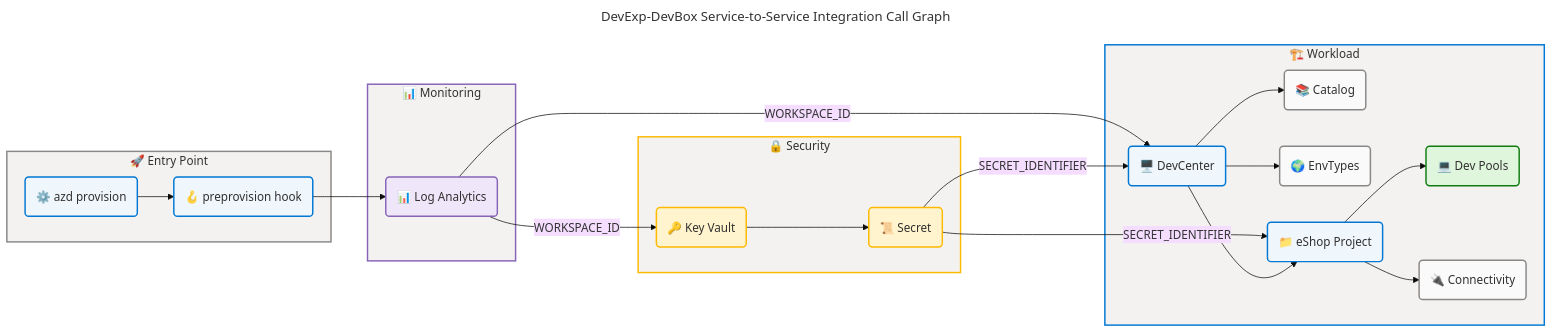
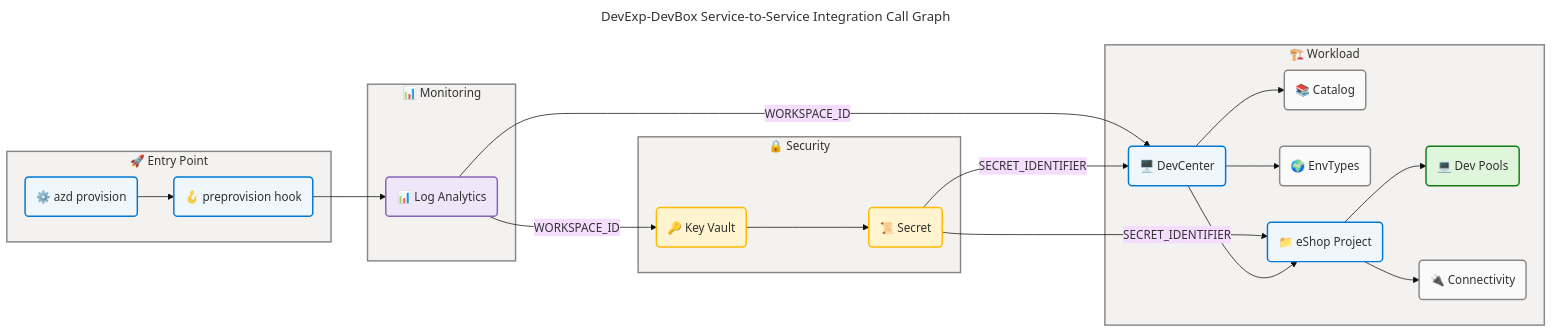
Diagram 12 of 15 in docs/architecture/application-architecture.md (Evilazaro/DevExp-DevBox), drawn with Mermaid before and after one commit. The commit also changed other lines of this file, not shown here.

Commit message:
refactor: update YAML contract terminology and enhance diagram verification scores for improved clarity

````diff
--- a/docs/architecture/application-architecture.md
+++ b/docs/architecture/application-architecture.md
@@ -2164,74 +2167,74 @@
 ```mermaid
 ---
 title: DevExp-DevBox Service-to-Service Integration Call Graph
 config:
   theme: base
   look: classic
   layout: dagre
   themeVariables:
     fontSize: '16px'
   flowchart:
     htmlLabels: true
 ---
 flowchart LR
     accTitle: DevExp-DevBox Service-to-Service Integration Call Graph
     accDescr: Shows the parameter and output wiring between all Bicep modules in the DevExp-DevBox deployment pipeline
 
     %% ═══════════════════════════════════════════════════════════════════════════
     %% AZURE / FLUENT ARCHITECTURE PATTERN v1.1
     %% (Semantic + Structural + Font + Accessibility Governance)
     %% ═══════════════════════════════════════════════════════════════════════════
     %% PHASE 1 - FLUENT UI: All styling uses approved Fluent UI palette only
     %% PHASE 2 - GROUPS: Every subgraph has semantic color via style directive
     %% PHASE 3 - COMPONENTS: Every node has semantic classDef + icon prefix
     %% PHASE 4 - ACCESSIBILITY: accTitle/accDescr present, WCAG AA contrast
     %% PHASE 5 - STANDARD: Governance block present, classDefs centralized
     %% ═══════════════════════════════════════════════════════════════════════════
 
     subgraph entry["🚀 Entry Point"]
         azd("⚙️ azd provision"):::core
         hook("🪝 preprovision hook"):::core
     end
 
     subgraph monitoring["📊 Monitoring"]
         la("📊 Log Analytics"):::data
     end
 
     subgraph security["🔒 Security"]
         kv("🔑 Key Vault"):::warning
         sec("📜 Secret"):::warning
     end
 
     subgraph workload["🏗️ Workload"]
         dc("🖥️ DevCenter"):::core
         cat("📚 Catalog"):::neutral
         et("🌍 EnvTypes"):::neutral
         proj("📁 eShop Project"):::core
         pool("💻 Dev Pools"):::success
         conn("🔌 Connectivity"):::neutral
     end
 
     azd --> hook
     hook --> la
     la -->|"WORKSPACE_ID"| kv
     la -->|"WORKSPACE_ID"| dc
     kv --> sec
     sec -->|"SECRET_IDENTIFIER"| dc
     sec -->|"SECRET_IDENTIFIER"| proj
     dc --> cat
     dc --> et
     dc --> proj
     proj --> pool
     proj --> conn
 
     style entry fill:#F3F2F1,stroke:#8A8886,stroke-width:2px,color:#323130
-    style monitoring fill:#F3F2F1,stroke:#8764B8,stroke-width:2px,color:#323130
-    style security fill:#F3F2F1,stroke:#FFB900,stroke-width:2px,color:#323130
-    style workload fill:#F3F2F1,stroke:#0078D4,stroke-width:2px,color:#323130
+    style monitoring fill:#F3F2F1,stroke:#8A8886,stroke-width:2px,color:#323130
+    style security fill:#F3F2F1,stroke:#8A8886,stroke-width:2px,color:#323130
+    style workload fill:#F3F2F1,stroke:#8A8886,stroke-width:2px,color:#323130
 
     classDef neutral fill:#FAFAFA,stroke:#8A8886,stroke-width:2px,color:#323130
     classDef core fill:#EFF6FC,stroke:#0078D4,stroke-width:2px,color:#323130
     classDef warning fill:#FFF4CE,stroke:#FFB900,stroke-width:2px,color:#323130
     classDef data fill:#F0E6FA,stroke:#8764B8,stroke-width:2px,color:#323130
     classDef success fill:#DFF6DD,stroke:#107C10,stroke-width:2px,color:#323130
 ```
````
